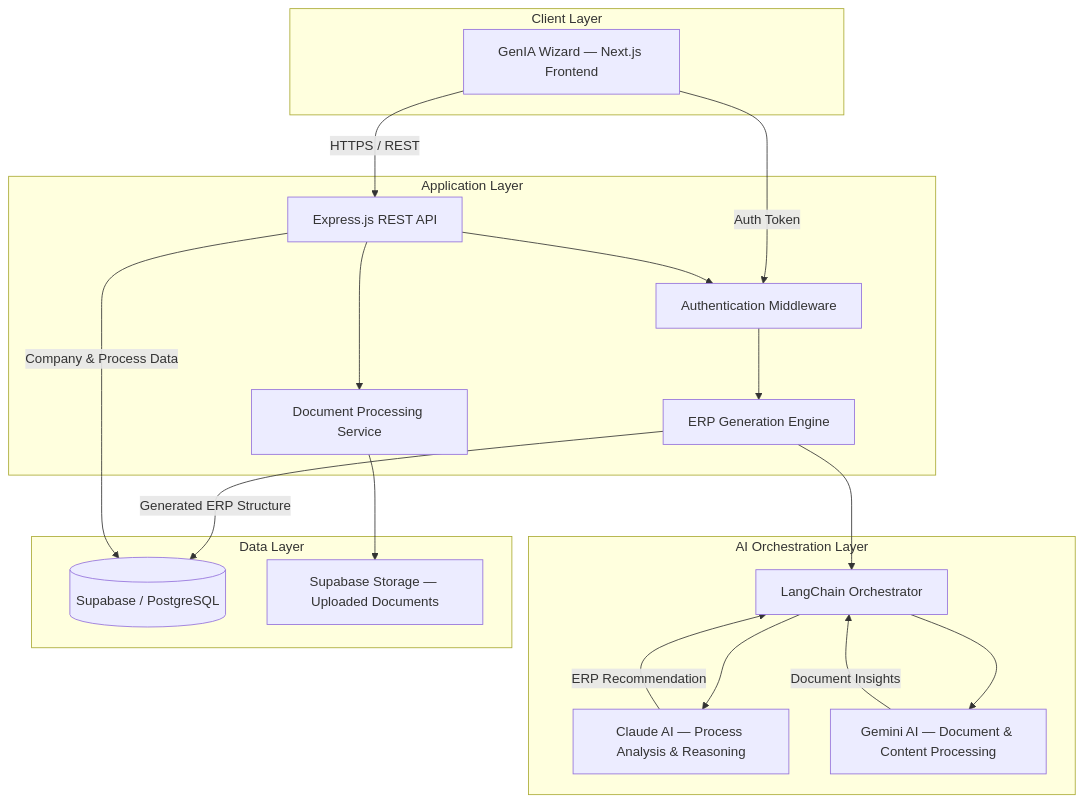
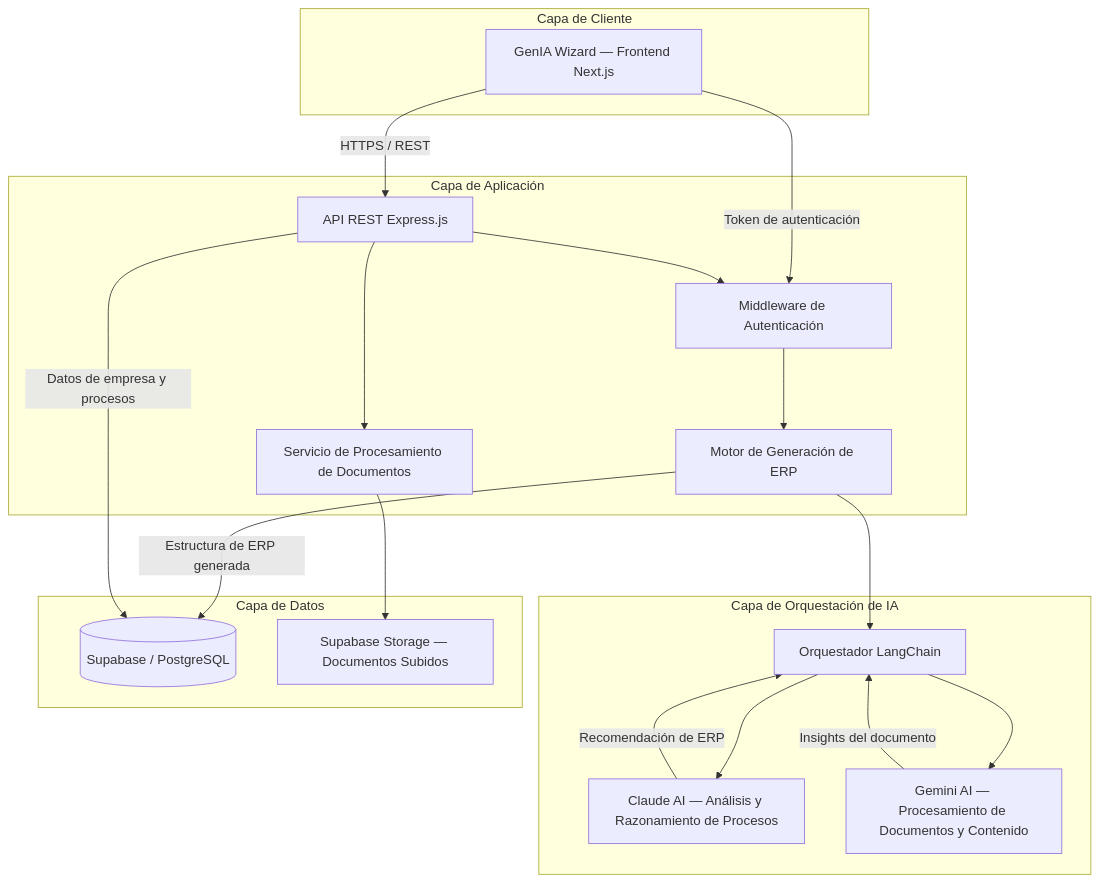
Before and after one commit to platanus-hack/platanus-hack-26-mx-team-15: the first of 3 diagrams in README.md, drawn with Mermaid. The commit also changed other lines of this file, not shown here.

Commit message:
Translate README content to Spanish

````diff
--- a/README.md
+++ b/README.md
@@ -115,38 +115,38 @@
 ```mermaid
 flowchart TB
-    subgraph Client["Client Layer"]
-        A["GenIA Wizard — Next.js Frontend"]
+    subgraph Client["Capa de Cliente"]
+        A["GenIA Wizard — Frontend Next.js"]
     end
 
-    subgraph API["Application Layer"]
-        B["Express.js REST API"]
-        C["Authentication Middleware"]
-        D["ERP Generation Engine"]
-        E["Document Processing Service"]
+    subgraph API["Capa de Aplicación"]
+        B["API REST Express.js"]
+        C["Middleware de Autenticación"]
+        D["Motor de Generación de ERP"]
+        E["Servicio de Procesamiento de Documentos"]
     end
 
-    subgraph AI["AI Orchestration Layer"]
-        H["LangChain Orchestrator"]
-        F["Claude AI — Process Analysis & Reasoning"]
-        G["Gemini AI — Document & Content Processing"]
+    subgraph AI["Capa de Orquestación de IA"]
+        H["Orquestador LangChain"]
+        F["Claude AI — Análisis y Razonamiento de Procesos"]
+        G["Gemini AI — Procesamiento de Documentos y Contenido"]
     end
 
-    subgraph Data["Data Layer"]
+    subgraph Data["Capa de Datos"]
         I[("Supabase / PostgreSQL")]
-        J["Supabase Storage — Uploaded Documents"]
+        J["Supabase Storage — Documentos Subidos"]
     end
 
     A -->|HTTPS / REST| B
-    A -->|Auth Token| C
+    A -->|Token de autenticación| C
     B --> C
     C --> D
     B --> E
     D --> H
     H --> F
     H --> G
-    F -->|ERP Recommendation| H
-    G -->|Document Insights| H
+    F -->|Recomendación de ERP| H
+    G -->|Insights del documento| H
     E --> J
-    D -->|Generated ERP Structure| I
-    B -->|Company & Process Data| I
+    D -->|Estructura de ERP generada| I
+    B -->|Datos de empresa y procesos| I
 ```
````
